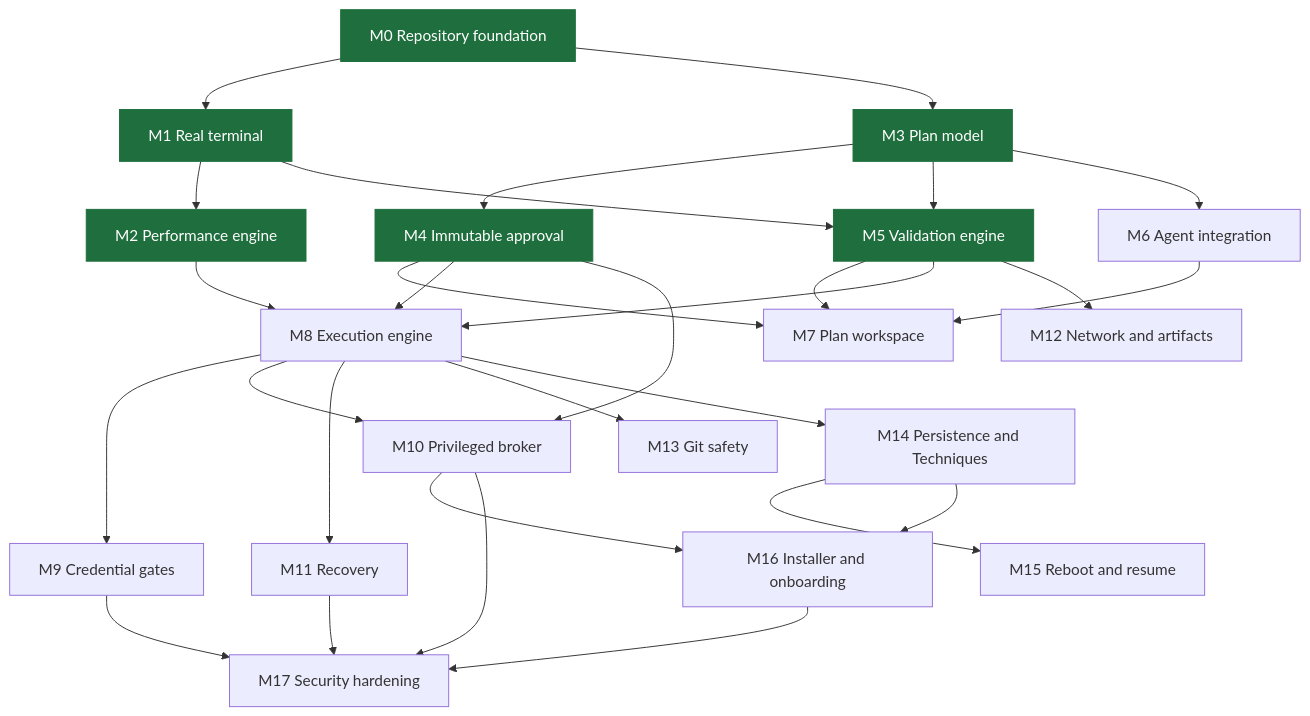
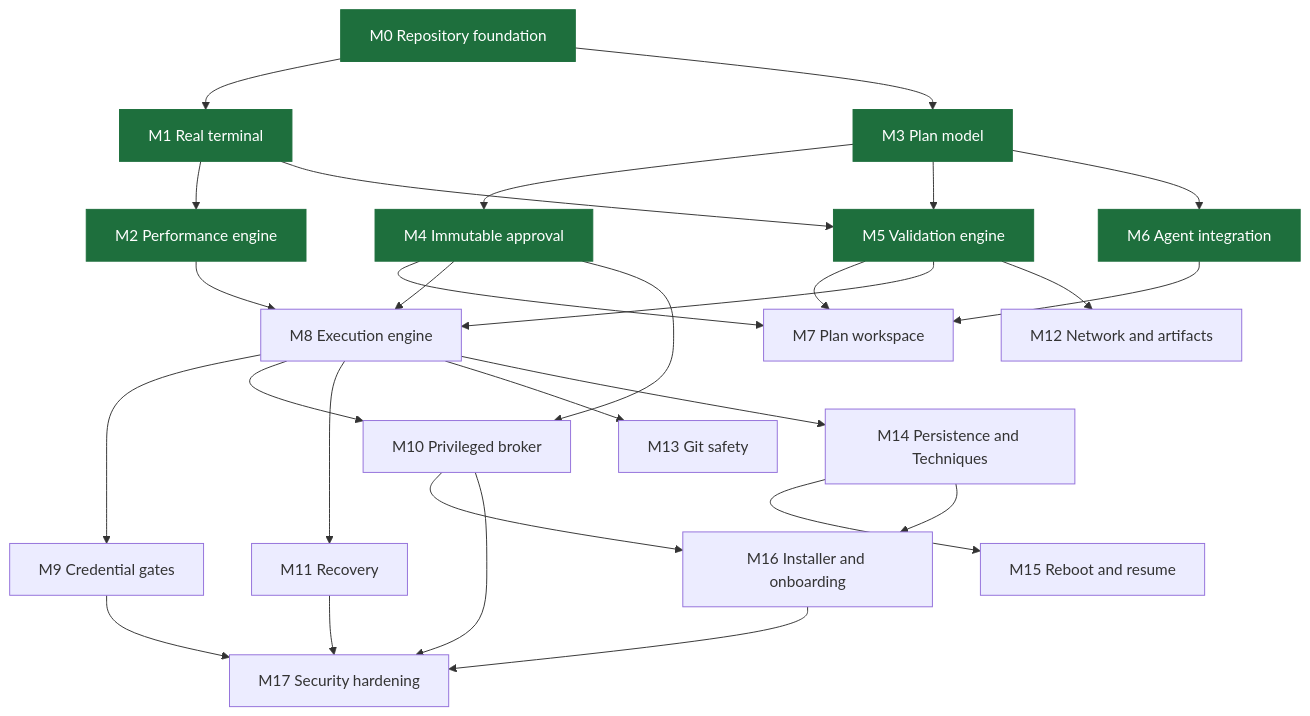
The diagram in docs/architecture/dependency-graph.md (TheCodeSaiyan/keyjutsu), drawn with Mermaid before and after one commit. The commit also changed other lines of this file and 47 other files, not shown here.

````diff
--- a/docs/architecture/dependency-graph.md
+++ b/docs/architecture/dependency-graph.md
@@ -8,33 +8,33 @@
 ```mermaid
 flowchart TD
     M0[M0 Repository foundation] --> M1[M1 Real terminal]
     M1 --> M2[M2 Performance engine]
     M0 --> M3[M3 Plan model]
     M3 --> M4[M4 Immutable approval]
     M3 --> M5[M5 Validation engine]
     M1 --> M5
     M3 --> M6[M6 Agent integration]
     M4 --> M7[M7 Plan workspace]
     M5 --> M7
     M6 --> M7
     M2 --> M8[M8 Execution engine]
     M4 --> M8
     M5 --> M8
     M8 --> M9[M9 Credential gates]
     M8 --> M10[M10 Privileged broker]
     M4 --> M10
     M8 --> M11[M11 Recovery]
     M5 --> M12[M12 Network and artifacts]
     M8 --> M13[M13 Git safety]
     M8 --> M14[M14 Persistence and Techniques]
     M14 --> M15[M15 Reboot and resume]
     M10 --> M16[M16 Installer and onboarding]
     M14 --> M16
     M9 --> M17[M17 Security hardening]
     M10 --> M17
     M11 --> M17
     M16 --> M17
 
     classDef done fill:#1e6f3d,color:#fff,stroke:#1e6f3d
-    class M0,M1,M2,M3,M4,M5 done
+    class M0,M1,M2,M3,M4,M5,M6 done
 ```
````
